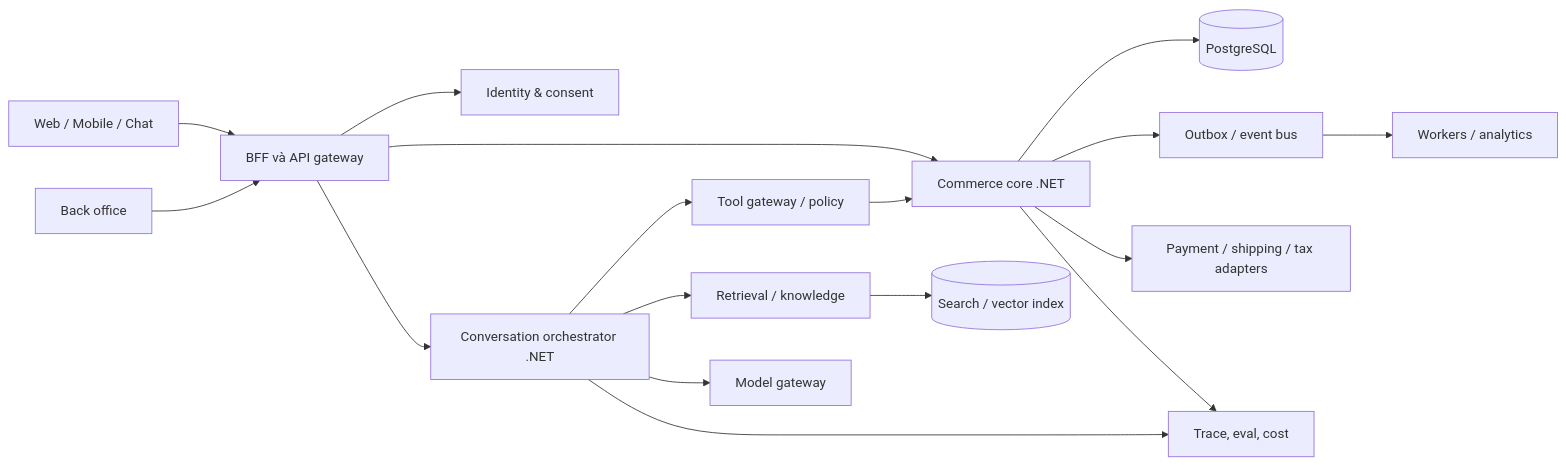
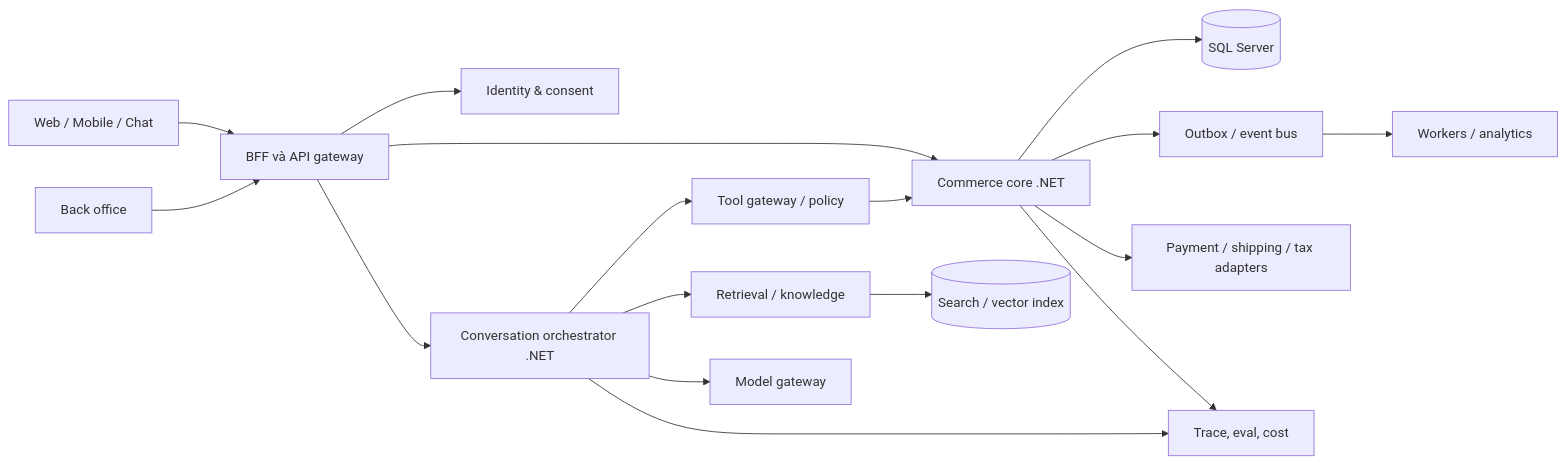
One commit to thientptb02226-ops/NET108_B-n-2 changed the diagram in docs/03-san-pham/AI-NATIVE-COMMERCE.md. Above: the diagram before and after it, drawn with Mermaid. The commit also changed other lines of this file and 28 other files, not shown here.

Commit message:
feat(commerce): switch Code First backend to SQL Server for Lab 3

````diff
--- a/docs/03-san-pham/AI-NATIVE-COMMERCE.md
+++ b/docs/03-san-pham/AI-NATIVE-COMMERCE.md
@@ -48,19 +48,19 @@
 ```mermaid
 flowchart LR
     C[Web / Mobile / Chat] --> B[BFF và API gateway]
     O[Back office] --> B
     B --> I[Identity & consent]
     B --> K[Commerce core .NET]
     B --> A[Conversation orchestrator .NET]
     A --> G[Tool gateway / policy]
     G --> K
     A --> R[Retrieval / knowledge]
     A --> M[Model gateway]
-    K --> P[(PostgreSQL)]
+    K --> P[(SQL Server)]
     K --> X[Outbox / event bus]
     R --> V[(Search / vector index)]
     X --> W[Workers / analytics]
     K --> E[Payment / shipping / tax adapters]
     A --> T[Trace, eval, cost]
     K --> T
 ```
````
